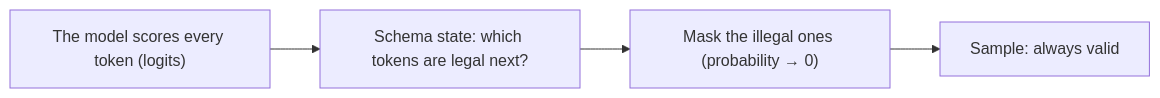
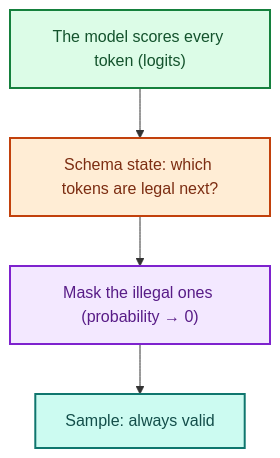
Before and after one commit to kk-engineer/robosathi: the first of 3 diagrams in content/en/docs/agentic_ai/guardrails_loop_control_state.md, drawn with Mermaid. The commit also changed other lines of this file and 15 other files, not shown here.

First line of the commit message:
perf: Lighter pages and on-demand loading; legible flow diagrams

````diff
--- a/content/en/docs/agentic_ai/guardrails_loop_control_state.md
+++ b/content/en/docs/agentic_ai/guardrails_loop_control_state.md
@@ -32,4 +32,16 @@
 ```mermaid
-graph LR
+graph TD
     L["The model scores every token (logits)"] --> S["Schema state: which tokens are legal next?"] --> M["Mask the illegal ones (probability → 0)"] --> V["Sample: always valid"]
+    classDef c1 fill:#dcfce7,stroke:#15803d,stroke-width:2px,color:#14532d
+    classDef c2 fill:#dbeafe,stroke:#1d4ed8,stroke-width:2px,color:#1e3a8a
+    classDef c3 fill:#ffedd5,stroke:#c2410c,stroke-width:2px,color:#7c2d12
+    classDef c4 fill:#f3e8ff,stroke:#7e22ce,stroke-width:2px,color:#581c87
+    classDef c5 fill:#fee2e2,stroke:#b91c1c,stroke-width:2px,color:#7f1d1d
+    classDef c6 fill:#ccfbf1,stroke:#0f766e,stroke-width:2px,color:#134e4a
+    class L c1
+    class token c2
+    class S c3
+    class M c4
+    class ones c5
+    class V c6
 ```
````
